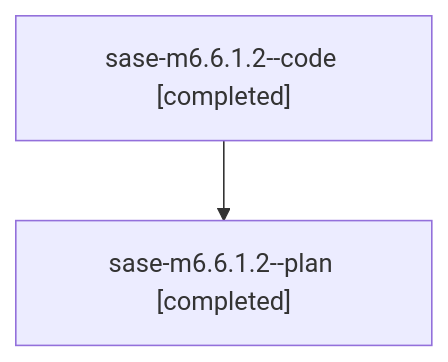
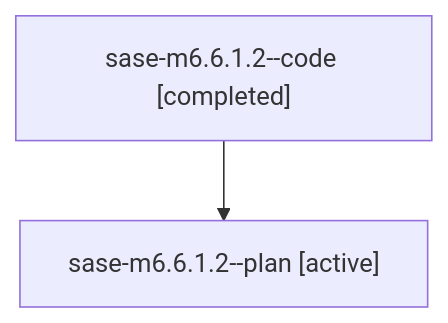
One commit to sase-org/sase--agents changed the diagram in families/bbugyi200.athena.sase-m6.6.1.2.md. Above: the diagram before and after it, drawn with Mermaid. The commit also changed other lines of this file and 35830 other files, not shown here.

````diff
--- a/families/bbugyi200.athena.sase-m6.6.1.2.md
+++ b/families/bbugyi200.athena.sase-m6.6.1.2.md
@@ -9,6 +9,6 @@
 ```mermaid
 flowchart TD
   n0["sase-m6.6.1.2--code [completed]"]
-  n1["sase-m6.6.1.2--plan [completed]"]
+  n1["sase-m6.6.1.2--plan [active]"]
   n0 --> n1
 ```
````
